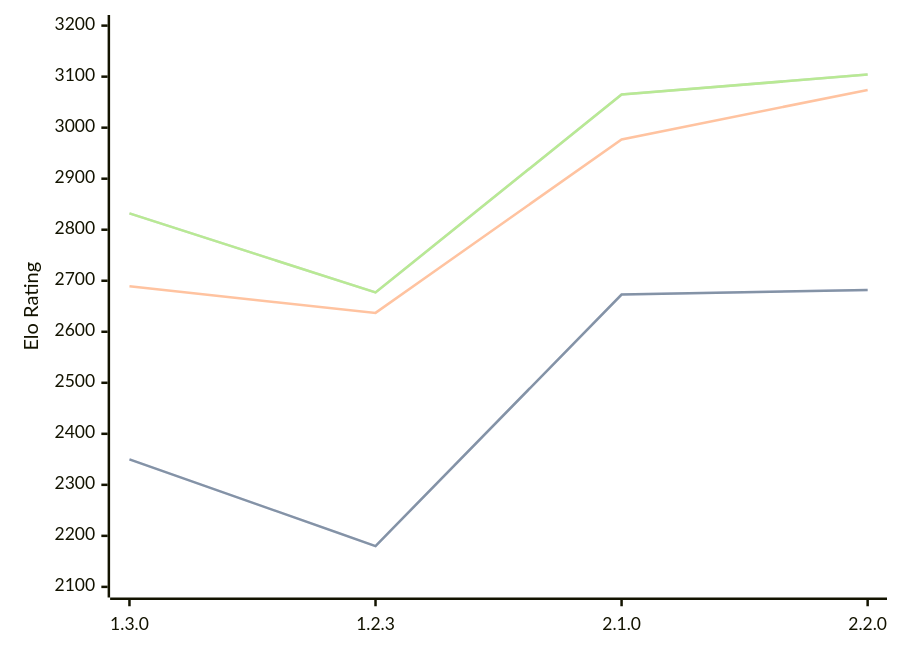
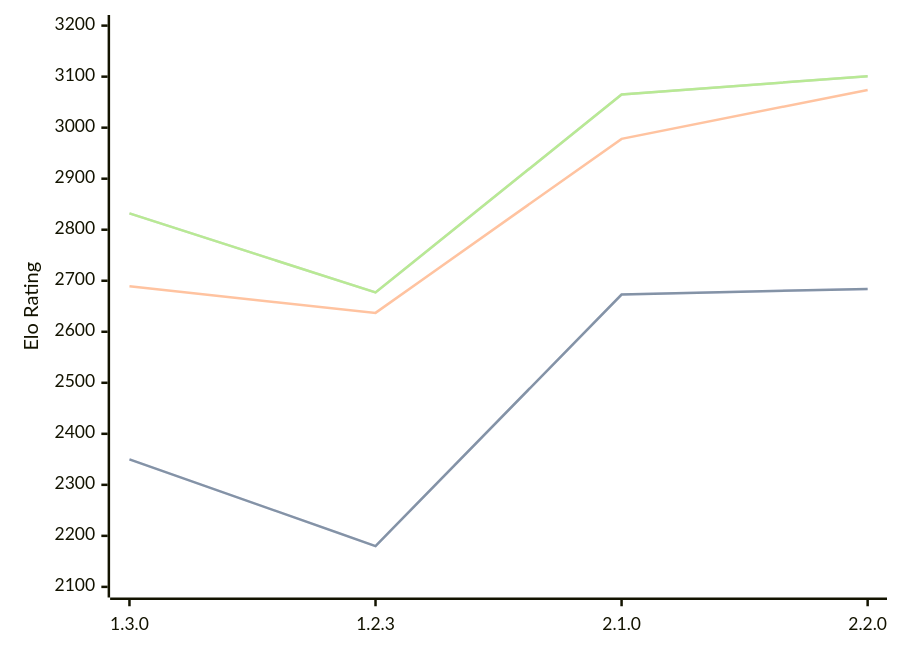
Before and after one commit to computer-chess-index/cci: the diagram in engines/Aspen.md, drawn with Mermaid. The commit also changed other lines of this file, not shown here.

Commit message:
Update CCI Ratings (ELO VLTC) - 2026-08-05

````diff
--- a/engines/Aspen.md
+++ b/engines/Aspen.md
@@ -43,11 +43,11 @@
 ```mermaid
 %%{init: {"theme":"base","themeVariables":{"seriesColors:['#a3a3a3','#222221','#faa371']}}}%%
 xychart-beta
   x-axis ["1.3.0", "1.2.3", "2.1.0", "2.2.0"]
   y-axis "Elo Rating" 2100 --> 3200
-  line "STC (8.0+0.08s)" [2350, 2180, 2673, 2682]
-  line "STC (8.0+0.08s)" [2350, 2180, 2673, 2682]
-  line "LTC (60.0+0.60s)" [2689, 2637, 2977, 3074]
-  line "VLTC (2m24s+1.12s)" [2832, 2677, 3065, 3104]
-  line "VLTC (2m24s+1.12s)" [2832, 2677, 3065, 3104]
+  line "STC (8.0+0.08s)" [2350, 2180, 2673, 2684]
+  line "STC (8.0+0.08s)" [2350, 2180, 2673, 2684]
+  line "LTC (60.0+0.60s)" [2689, 2637, 2978, 3074]
+  line "VLTC (2m24s+1.12s)" [2832, 2677, 3065, 3101]
+  line "VLTC (2m24s+1.12s)" [2832, 2677, 3065, 3101]
 ```
````
